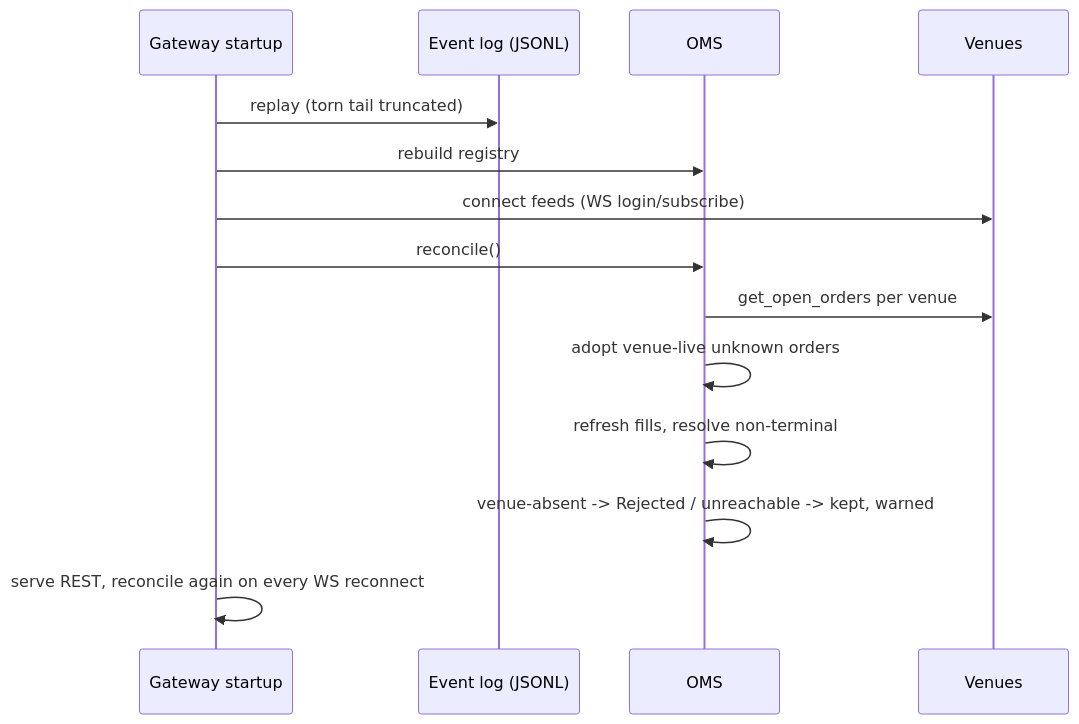
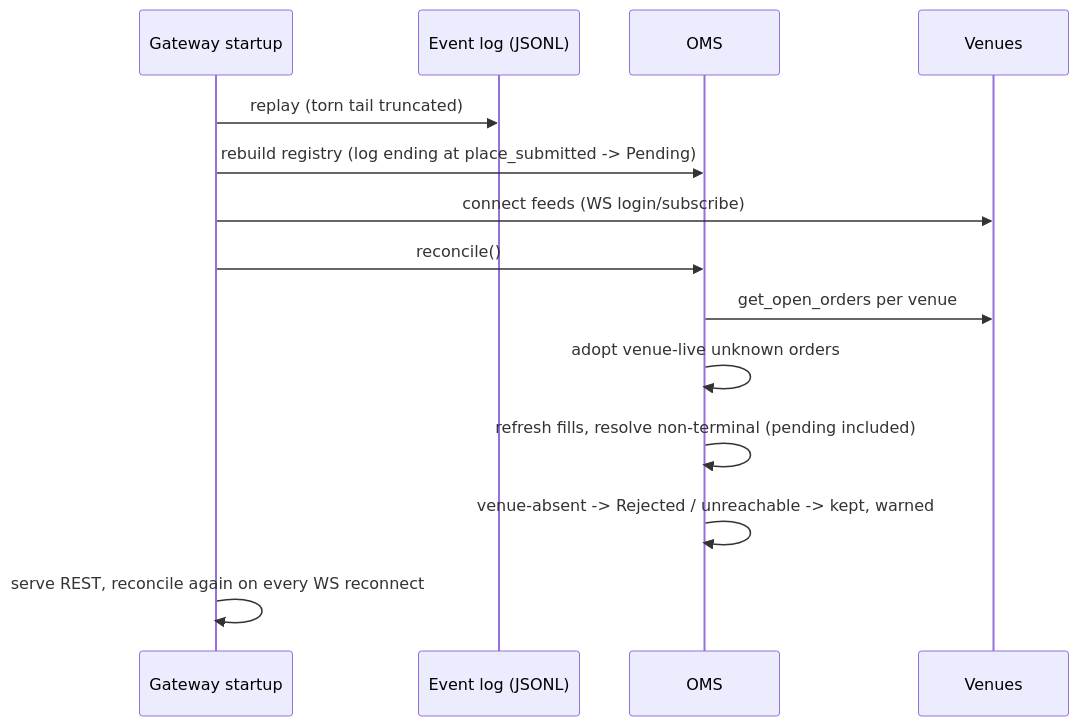
The third of 3 diagrams in doc/api.md (lamport-hash/rest_exchange_gateway), drawn with Mermaid before and after one commit. The commit also changed other lines of this file and 16 other files, not shown here.

````diff
--- a/doc/api.md
+++ b/doc/api.md
@@ -238,17 +267,17 @@
 ```mermaid
 sequenceDiagram
     participant G as Gateway startup
     participant L as Event log (JSONL)
     participant O as OMS
     participant V as Venues
 
     G->>L: replay (torn tail truncated)
-    G->>O: rebuild registry
+    G->>O: rebuild registry (log ending at place_submitted -> Pending)
     G->>V: connect feeds (WS login/subscribe)
     G->>O: reconcile()
     O->>V: get_open_orders per venue
     O->>O: adopt venue-live unknown orders
-    O->>O: refresh fills, resolve non-terminal
+    O->>O: refresh fills, resolve non-terminal (pending included)
     O->>O: venue-absent -> Rejected / unreachable -> kept, warned
     G->>G: serve REST, reconcile again on every WS reconnect
 ```
````
